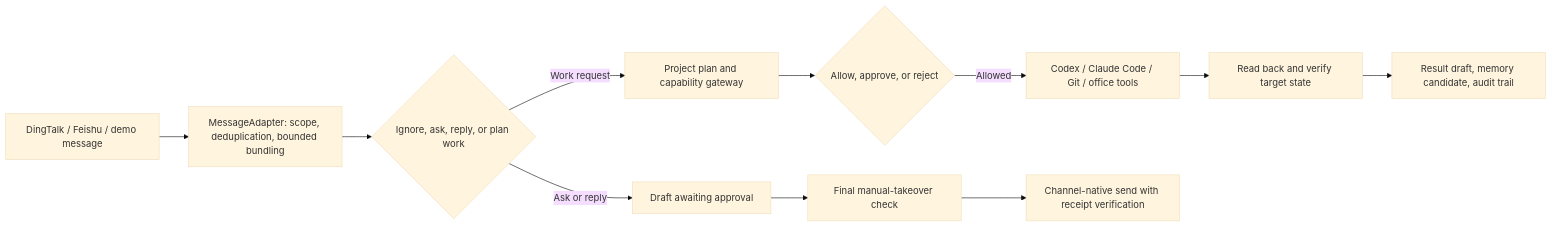
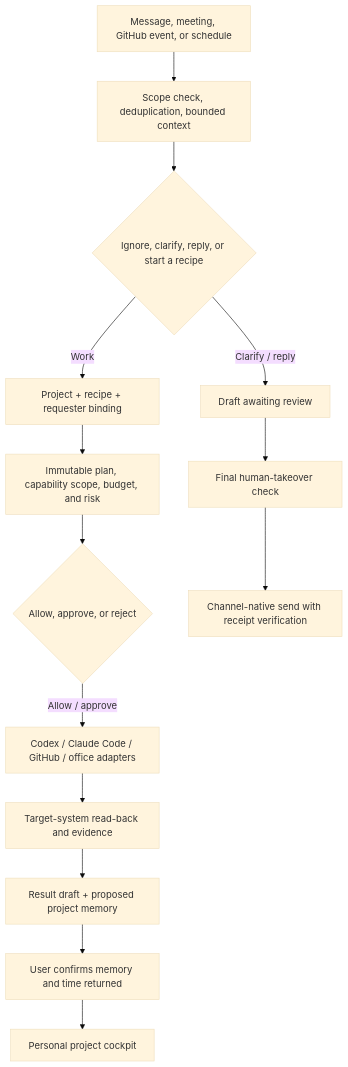
The first of 2 diagrams in README.md (ruiwang20010702/ai-employee), drawn with Mermaid (base theme) before and after one commit. The commit also changed other lines of this file and 81 other files, not shown here.

````diff
--- a/README.md
+++ b/README.md
@@ -46,13 +46,16 @@
 ```mermaid
-flowchart LR
-    A["DingTalk / Feishu / demo message"] --> B["MessageAdapter: scope, deduplication, bounded bundling"]
-    B --> C{"Ignore, ask, reply, or plan work"}
-    C -->|"Ask or reply"| D["Draft awaiting approval"]
-    C -->|"Work request"| E["Project plan and capability gateway"]
-    E --> F{"Allow, approve, or reject"}
-    F -->|"Allowed"| G["Codex / Claude Code / Git / office tools"]
-    G --> H["Read back and verify target state"]
-    H --> I["Result draft, memory candidate, audit trail"]
-    D --> J["Final manual-takeover check"]
-    J --> K["Channel-native send with receipt verification"]
+flowchart TD
+    A["Message, meeting, GitHub event, or schedule"] --> B["Scope check, deduplication, bounded context"]
+    B --> C{"Ignore, clarify, reply, or start a recipe"}
+    C -->|"Clarify / reply"| D["Draft awaiting review"]
+    C -->|"Work"| E["Project + recipe + requester binding"]
+    E --> F["Immutable plan, capability scope, budget, and risk"]
+    F --> G{"Allow, approve, or reject"}
+    G -->|"Allow / approve"| H["Codex / Claude Code / GitHub / office adapters"]
+    H --> I["Target-system read-back and evidence"]
+    I --> J["Result draft + proposed project memory"]
+    J --> K["User confirms memory and time returned"]
+    D --> L["Final human-takeover check"]
+    L --> M["Channel-native send with receipt verification"]
+    K --> N["Personal project cockpit"]
 ```
````
